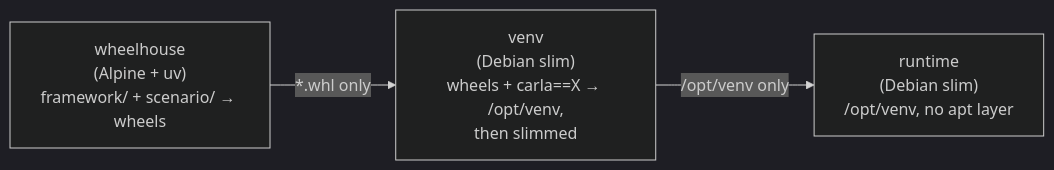
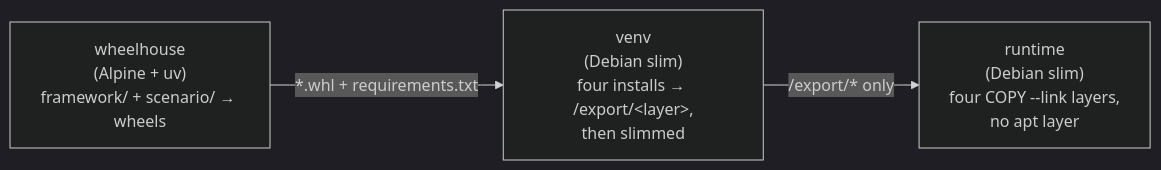
The diagram in autoware_carla_scenario/docs/docker.md (autowarefoundation/autoware_carla_scenario), drawn with Mermaid (dark theme) before and after one commit. The commit also changed other lines of this file and 7 other files, not shown here.

````diff
--- a/autoware_carla_scenario/docs/docker.md
+++ b/autoware_carla_scenario/docs/docker.md
@@ -38,8 +42,8 @@
 ```mermaid
 flowchart LR
     A["wheelhouse<br/>(Alpine + uv)<br/>framework/ + scenario/ → wheels"]
-    B["venv<br/>(Debian slim)<br/>wheels + carla==X → /opt/venv,<br/>then slimmed"]
-    C["runtime<br/>(Debian slim)<br/>/opt/venv, no apt layer"]
-    A -- "*.whl only" --> B
-    B -- "/opt/venv only" --> C
+    B["venv<br/>(Debian slim)<br/>four installs → /export/&lt;layer&gt;,<br/>then slimmed"]
+    C["runtime<br/>(Debian slim)<br/>four COPY --link layers,<br/>no apt layer"]
+    A -- "*.whl + requirements.txt" --> B
+    B -- "/export/* only" --> C
 ```
````
